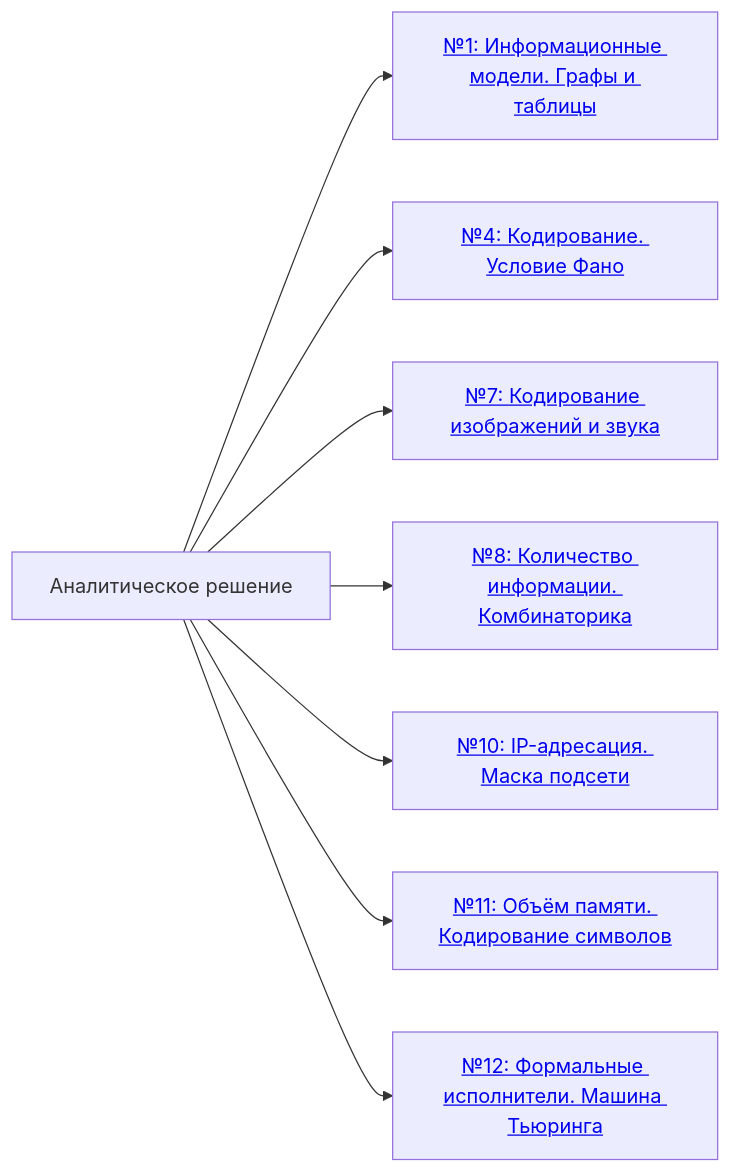
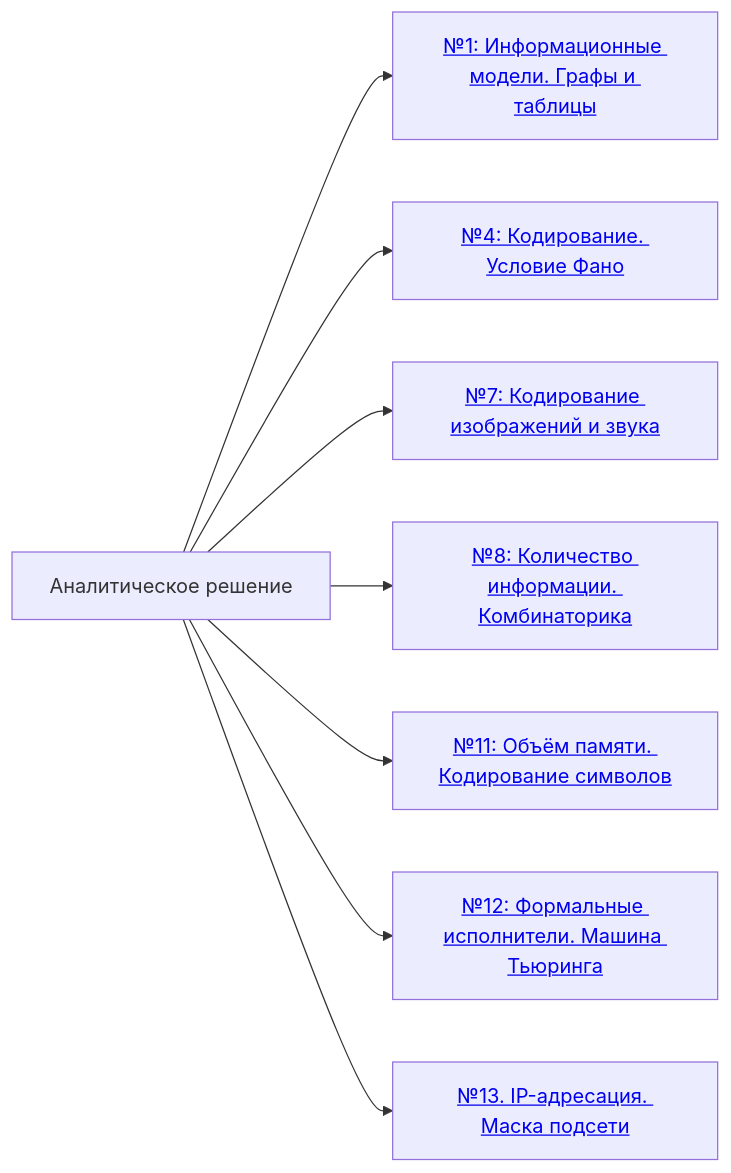
Before and after one commit to scharfff/spbpu-inf-course: the first of 6 diagrams in README.md, drawn with Mermaid. The commit also changed other lines of this file and 26 other files, not shown here.

````diff
--- a/README.md
+++ b/README.md
@@ -80,19 +78,19 @@
 ```mermaid
 flowchart LR
   T1["Аналитическое решение"]
   T1 --> T1a["<a href='https://github.com/scharfff/spbpu-inf-course/tree/2027/Задание_1_Графы_и_таблицы'>№1: Информационные модели. Графы и таблицы</a>"]
   T1 --> T1b["<a href='https://github.com/scharfff/spbpu-inf-course/tree/2027/Задание_4_Кодирование_Фано'>№4: Кодирование. Условие Фано</a>"]
   T1 --> T1c["<a href='https://github.com/scharfff/spbpu-inf-course/tree/2027/Задание_7_Кодирование_информации'>№7: Кодирование изображений и звука</a>"]
   T1 --> T1d["<a href='https://github.com/scharfff/spbpu-inf-course/tree/2027/Задание_8_Комбинаторика'>№8: Количество информации. Комбинаторика</a>"]
-  T1 --> T1e["<a href='https://github.com/scharfff/spbpu-inf-course/tree/2027/Задание_10_IP_адресация'>№10: IP-адресация. Маска подсети</a>"]
   T1 --> T1f["<a href='https://github.com/scharfff/spbpu-inf-course/tree/2027/Задание_11_Объем_памяти_кодирование'>№11: Объём памяти. Кодирование символов</a>"]
   T1 --> T1g["<a href='https://github.com/scharfff/spbpu-inf-course/tree/2027/Задание_12_Редактор'>№12: Формальные исполнители. Машина Тьюринга</a>"]
+  T1 --> T1h["<a href='https://github.com/scharfff/spbpu-inf-course/tree/2027/Задание_13_IP_адресация'>№13. IP-адресация. Маска подсети</a>"]
 
   click T1a "https://github.com/scharfff/spbpu-inf-course/tree/2027/Задание_1_Графы_и_таблицы"
   click T1b "https://github.com/scharfff/spbpu-inf-course/tree/2027/Задание_4_Кодирование_Фано"
   click T1c "https://github.com/scharfff/spbpu-inf-course/tree/2027/Задание_7_Кодирование_информации"
   click T1d "https://github.com/scharfff/spbpu-inf-course/tree/2027/Задание_8_Комбинаторика"
-  click T1e "https://github.com/scharfff/spbpu-inf-course/tree/2027/Задание_10_IP_адресация"
   click T1f "https://github.com/scharfff/spbpu-inf-course/tree/2027/Задание_11_Объем_памяти_кодирование"
   click T1g "https://github.com/scharfff/spbpu-inf-course/tree/2027/Задание_12_Редактор"
+  click T1h "https://github.com/scharfff/spbpu-inf-course/tree/2027/Задание_13_IP_адресация"
 ```
````
